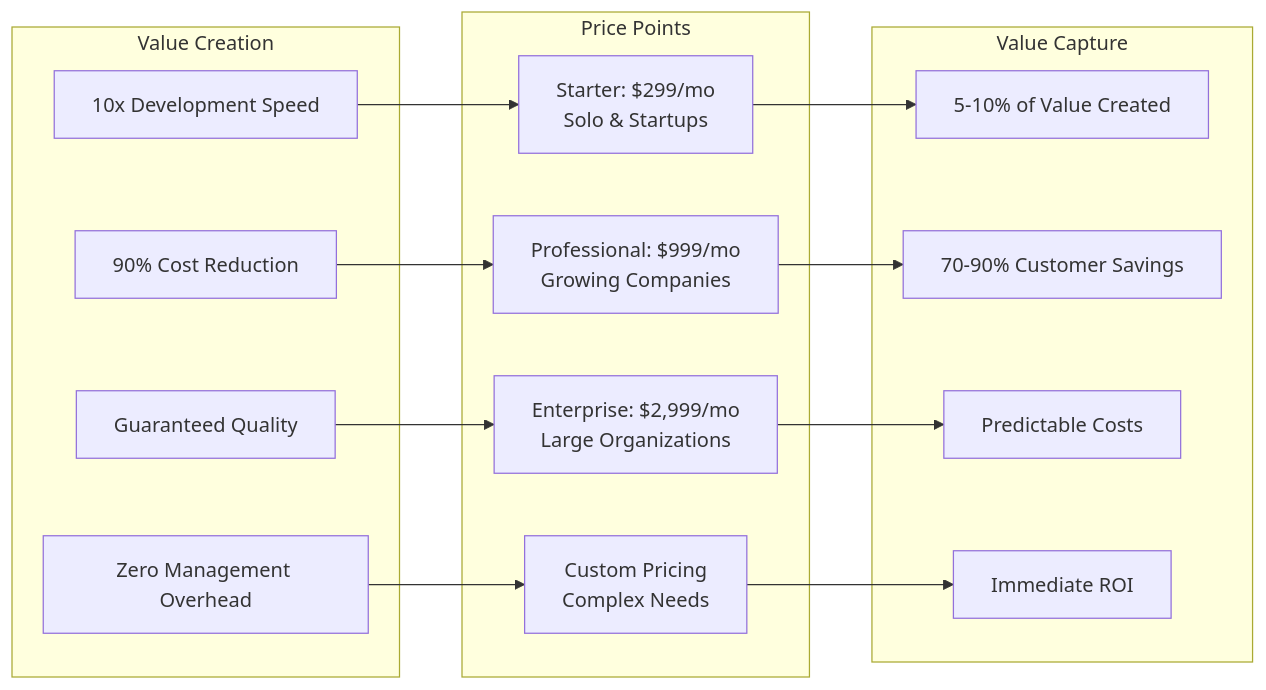
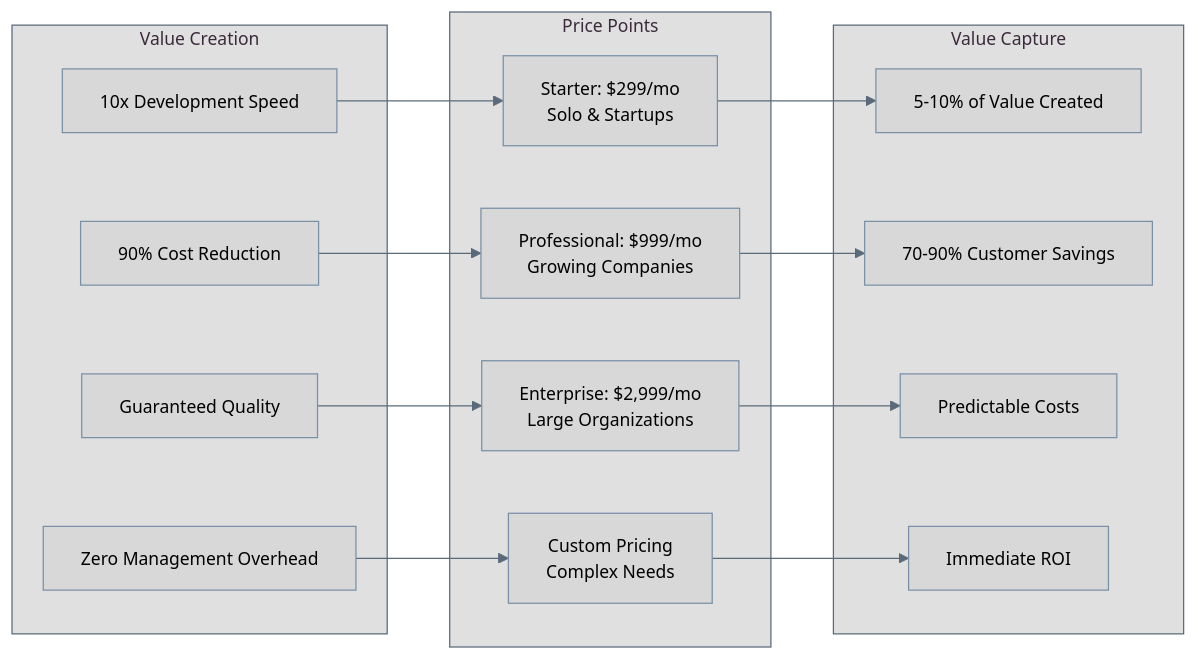
The second of 10 diagrams in business-documents/competitive-positioning/05-pricing-strategy.md (o2alexanderfedin/AI-Hive-Business-Docs), drawn with Mermaid before and after one commit. The commit also changed other lines of this file and 3 other files, not shown here.

First line of the commit message:
Fix Mermaid diagram syntax and styling

````diff
--- a/business-documents/competitive-positioning/05-pricing-strategy.md
+++ b/business-documents/competitive-positioning/05-pricing-strategy.md
@@ -76,33 +106,59 @@
 ```mermaid
+%%{init: {
+  'theme': 'base',
+  'themeVariables': {
+    'primaryColor': '#B8C8D8',
+    'primaryTextColor': '#000000',
+    'primaryBorderColor': '#7890A8',
+    'lineColor': '#5A6A7A',
+    'secondaryColor': '#D5C8B0',
+    'tertiaryColor': '#C5D5C5',
+    'background': '#FFFFFF',
+    'mainBkg': '#D8D8D8',
+    'secondBkg': '#C8C8C8',
+    'tertiaryBkg': '#B8B8B8',
+    'primaryFontFamily': 'Arial, sans-serif',
+    'fontSize': '14px',
+    'darkMode': false,
+    'nodeBkg': '#D5D5D5',
+    'nodeBorder': '#7890A8',
+    'clusterBkg': '#E0E0E0',
+    'clusterBorder': '#5A6A7A',
+    'defaultLinkColor': '#5A6A7A',
+    'textColor': '#000000',
+    'labelTextColor': '#000000',
+    'actorTextColor': '#000000'
+  }
+}}%%
 graph LR
     subgraph "Value Creation"
         V1[10x Development Speed]
         V2[90% Cost Reduction]
         V3[Guaranteed Quality]
         V4[Zero Management Overhead]
     end
 
     subgraph "Price Points"
         P1[Starter: $299/mo<br/>Solo & Startups]
         P2[Professional: $999/mo<br/>Growing Companies]
         P3[Enterprise: $2,999/mo<br/>Large Organizations]
         P4[Custom Pricing<br/>Complex Needs]
     end
 
     subgraph "Value Capture"
         C1[5-10% of Value Created]
         C2[70-90% Customer Savings]
         C3[Predictable Costs]
         C4[Immediate ROI]
     end
 
     V1 --> P1
     V2 --> P2
     V3 --> P3
     V4 --> P4
 
     P1 --> C1
     P2 --> C2
     P3 --> C3
     P4 --> C4
 ```
````
